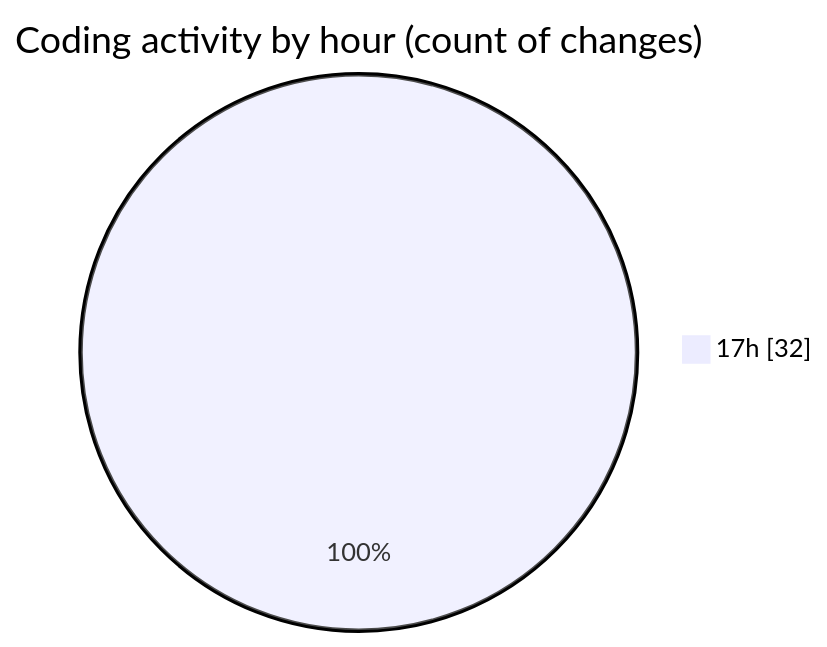
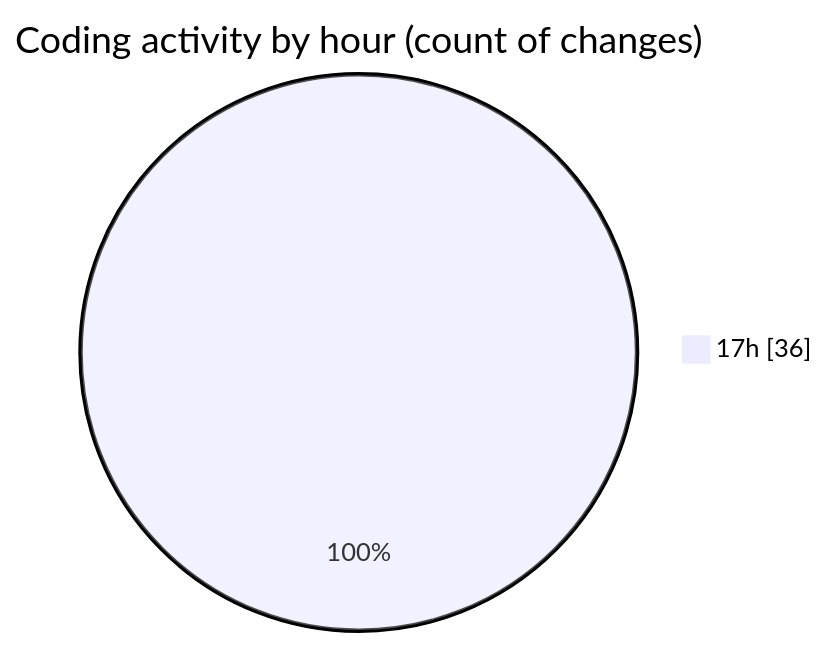
The second of 2 diagrams in 2026-02-19/bot_i_a/README.md (becaeroporto-bot/code-tracking), drawn with Mermaid before and after one commit. The commit also changed other lines of this file and 1 other file, not shown here.

````diff
--- a/2026-02-19/bot_i_a/README.md
+++ b/2026-02-19/bot_i_a/README.md
@@ -43,5 +43,5 @@
 ```mermaid
 pie showData
 title Coding activity by hour (count of changes)
-"17h" : 32
+"17h" : 36
 ```
````
